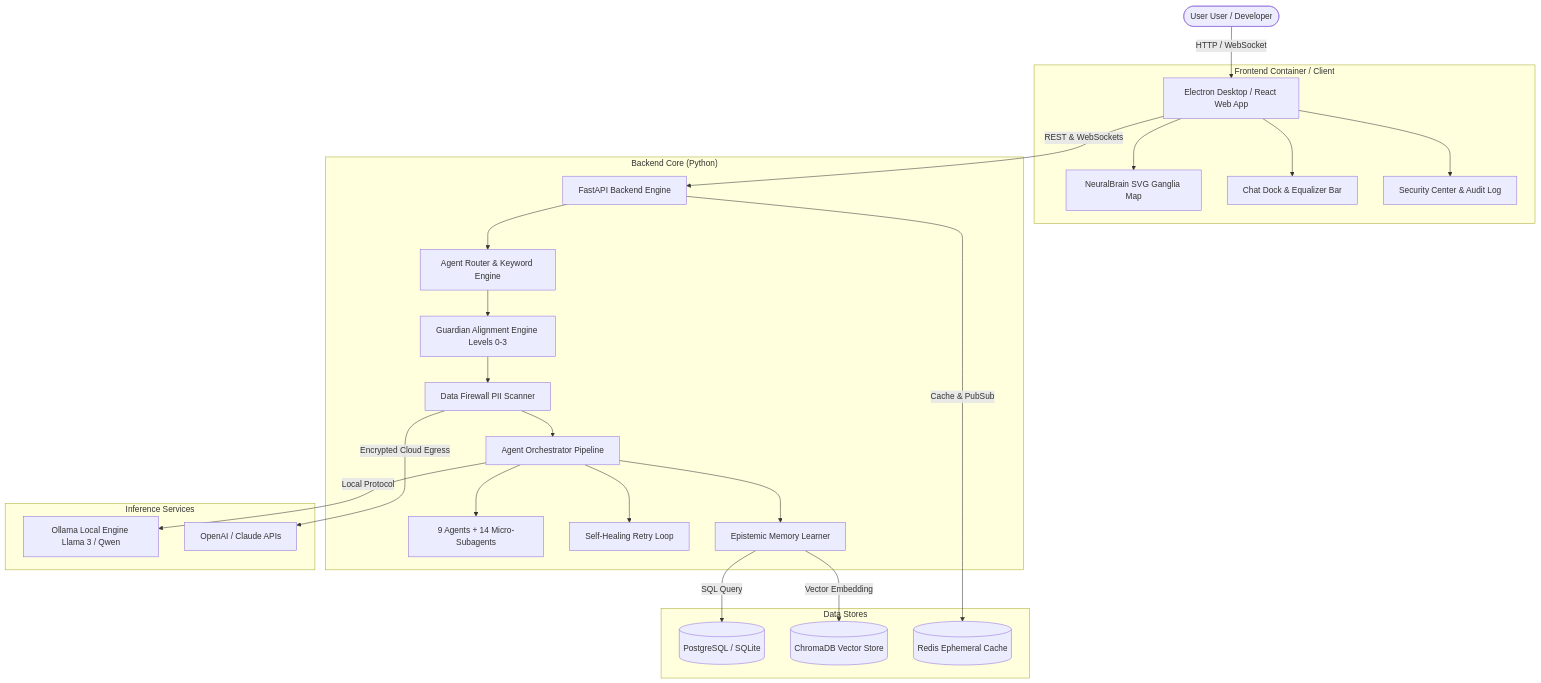
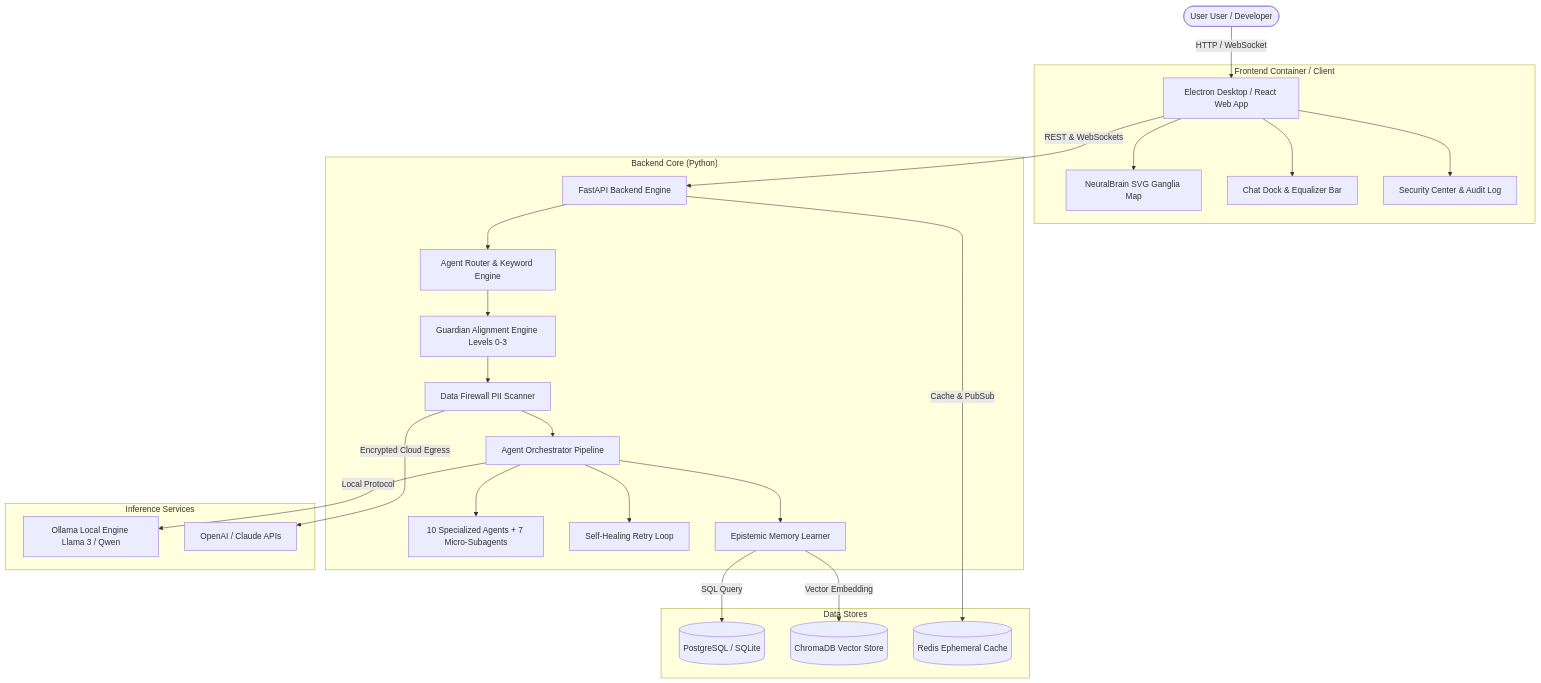
One commit to AkashKundu114/COPPER changed the first of 2 diagrams in docs/diagrams/system-architecture.md. Above: the diagram before and after it, drawn with Mermaid. The commit also changed 32 other files, not shown here.

First line of the commit message:
Enhance Knowledge Graph APIs, UI, and docs

````diff
--- a/docs/diagrams/system-architecture.md
+++ b/docs/diagrams/system-architecture.md
@@ -7,33 +7,33 @@
 ```mermaid
 graph TD
     User([User User / Developer]) -->|HTTP / WebSocket| UI[Electron Desktop / React Web App]
     
     subgraph Frontend ["Frontend Container / Client"]
         UI --> NeuralMap[NeuralBrain SVG Ganglia Map]
         UI --> ChatDock[Chat Dock & Equalizer Bar]
         UI --> SecCenter[Security Center & Audit Log]
     end
     
     UI -->|REST & WebSockets| API[FastAPI Backend Engine]
     
     subgraph Backend ["Backend Core (Python)"]
         API --> Router[Agent Router & Keyword Engine]
         Router --> Guardian[Guardian Alignment Engine Levels 0-3]
         Guardian --> Firewall[Data Firewall PII Scanner]
         Firewall --> Orchestrator[Agent Orchestrator Pipeline]
-        Orchestrator --> Agents[9 Agents + 14 Micro-Subagents]
+        Orchestrator --> Agents[10 Specialized Agents + 7 Micro-Subagents]
         Orchestrator --> SelfHealing[Self-Healing Retry Loop]
         Orchestrator --> Learner[Epistemic Memory Learner]
     end
     
     subgraph Services ["Inference Services"]
         Orchestrator -->|Local Protocol| Ollama[Ollama Local Engine Llama 3 / Qwen]
         Firewall -->|Encrypted Cloud Egress| CloudLLM[OpenAI / Claude APIs]
     end
     
     subgraph Persistence ["Data Stores"]
         Learner -->|SQL Query| DB[(PostgreSQL / SQLite)]
         Learner -->|Vector Embedding| VectorDB[(ChromaDB Vector Store)]
         API -->|Cache & PubSub| Redis[(Redis Ephemeral Cache)]
     end
 ```
````
